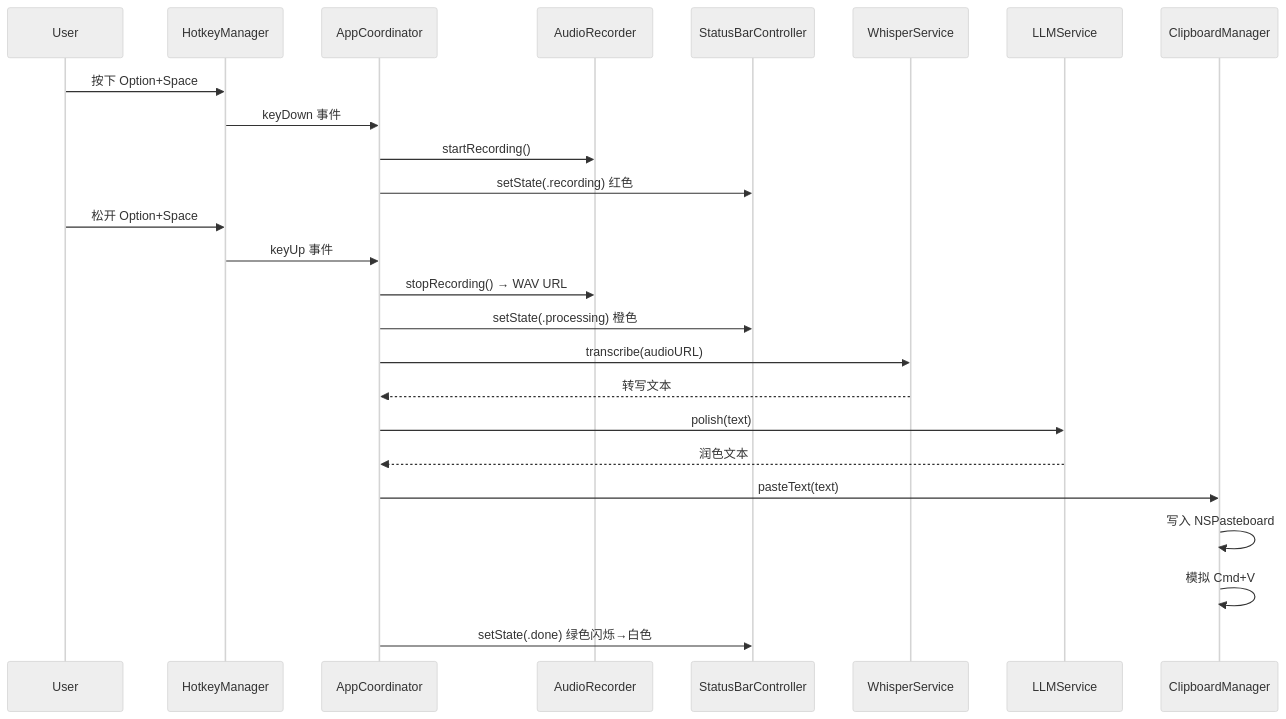
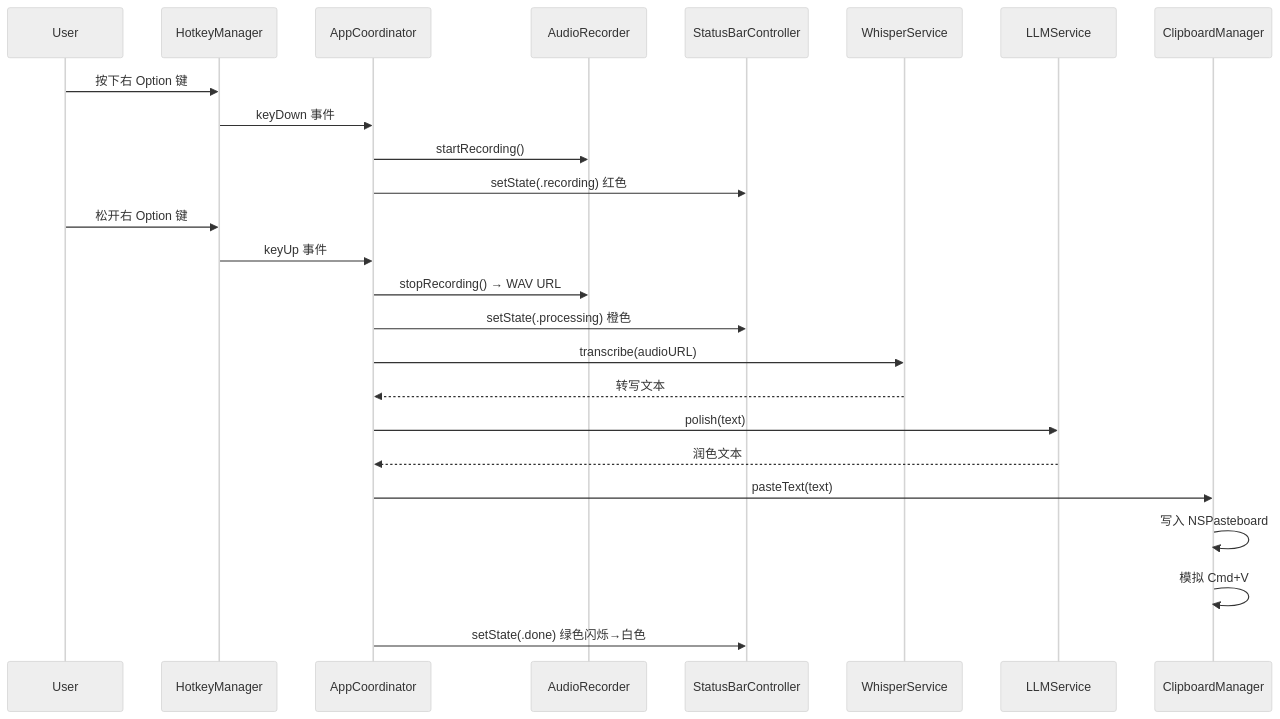
The second of 2 diagrams in .kiro/specs/voicepaste-app/design.md (SonnetYan/VoicePaste), drawn with Mermaid (neutral theme) before and after one commit. The commit also changed other lines of this file and 5 other files, not shown here.

````diff
--- a/.kiro/specs/voicepaste-app/design.md
+++ b/.kiro/specs/voicepaste-app/design.md
@@ -31,33 +31,33 @@
 ```mermaid
 sequenceDiagram
     participant User
     participant HotkeyManager
     participant AppCoordinator
     participant AudioRecorder
     participant StatusBarController
     participant WhisperService
     participant LLMService
     participant ClipboardManager
 
-    User->>HotkeyManager: 按下 Option+Space
+    User->>HotkeyManager: 按下右 Option 键
     HotkeyManager->>AppCoordinator: keyDown 事件
     AppCoordinator->>AudioRecorder: startRecording()
     AppCoordinator->>StatusBarController: setState(.recording) 红色
     
-    User->>HotkeyManager: 松开 Option+Space
+    User->>HotkeyManager: 松开右 Option 键
     HotkeyManager->>AppCoordinator: keyUp 事件
     AppCoordinator->>AudioRecorder: stopRecording() → WAV URL
     AppCoordinator->>StatusBarController: setState(.processing) 橙色
     
     AppCoordinator->>WhisperService: transcribe(audioURL)
     WhisperService-->>AppCoordinator: 转写文本
     
     AppCoordinator->>LLMService: polish(text)
     LLMService-->>AppCoordinator: 润色文本
     
     AppCoordinator->>ClipboardManager: pasteText(text)
     ClipboardManager->>ClipboardManager: 写入 NSPasteboard
     ClipboardManager->>ClipboardManager: 模拟 Cmd+V
     
     AppCoordinator->>StatusBarController: setState(.done) 绿色闪烁→白色
 ```
````
